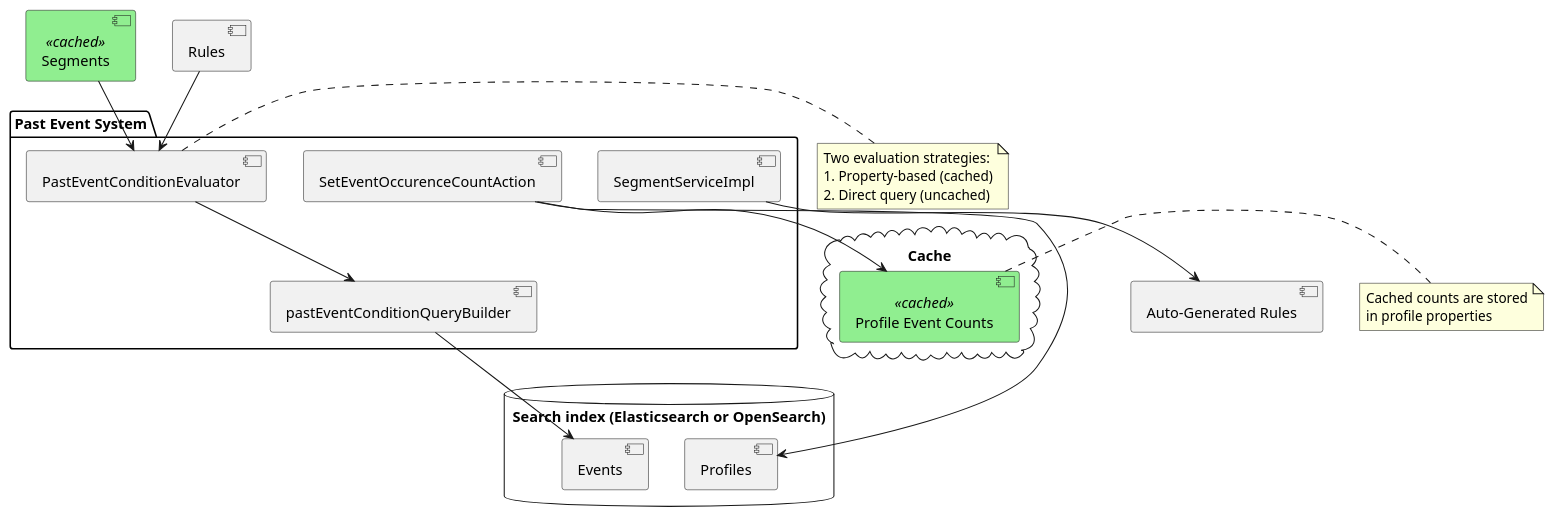
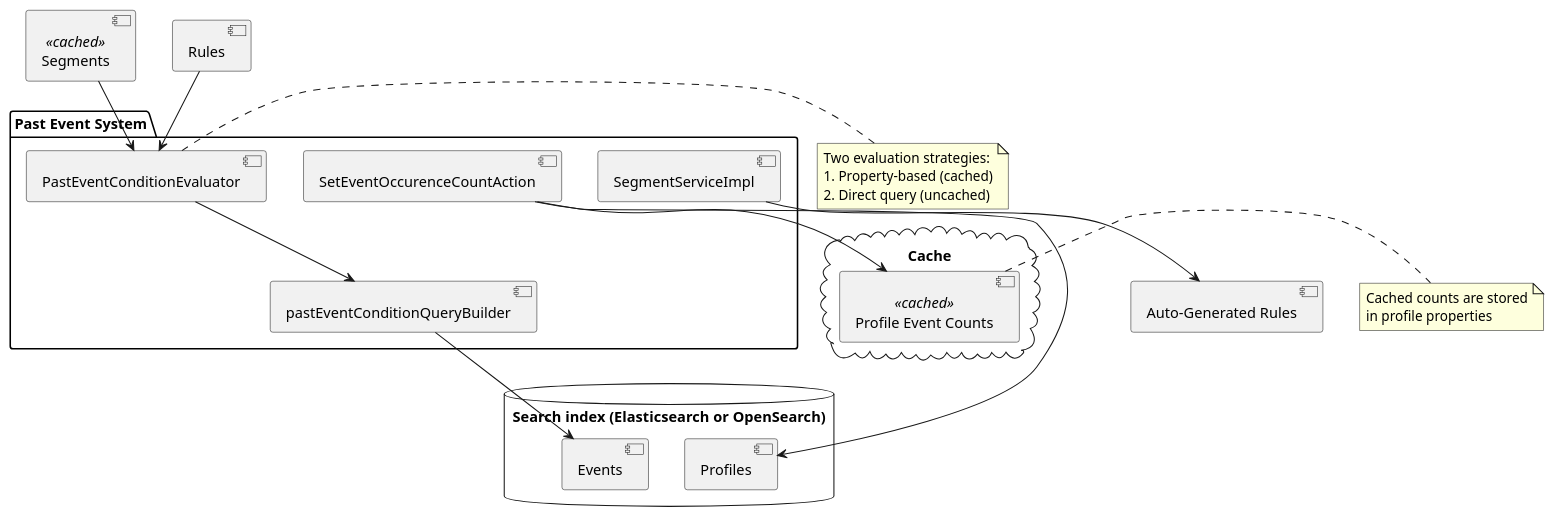
Before and after one commit to apache/unomi: the fifth of 10 diagrams in manual/src/main/asciidoc/past-event-conditions.adoc, drawn with PlantUML. The commit also changed other lines of this file and 16 other files, not shown here.

First line of the commit message:
docs: brand PlantUML diagrams with Unomi theme colors

```diff
--- a/manual/src/main/asciidoc/past-event-conditions.adoc
+++ b/manual/src/main/asciidoc/past-event-conditions.adoc
@@ -397,49 +383,45 @@
 [plantuml]
 ----
 @startuml
 skinparam componentStyle uml2
-skinparam component {
-  BackgroundColor<<cached>> LightGreen
-  BackgroundColor<<uncached>> LightYellow
-}
 
 package "Past Event System" {
   [SetEventOccurenceCountAction] as action
   [PastEventConditionEvaluator] as evaluator
   [pastEventConditionQueryBuilder] as queryBuilder
   [SegmentServiceImpl] as segmentService
 }
 
 database "Search index (Elasticsearch or OpenSearch)" as searchIndex {
   [Events] as events
   [Profiles] as profiles
 }
 
 cloud "Cache" {
   [Profile Event Counts] as counts <<cached>>
 }
 
 [Segments] <<cached>> as segments
 [Rules] as rules
 [Auto-Generated Rules] as autoRules
 
 segments --> evaluator
 rules --> evaluator
 evaluator --> queryBuilder
 queryBuilder --> events
 action --> profiles
 action --> counts
 segmentService --> autoRules
 
 note right of counts
   Cached counts are stored
   in profile properties
 end note
 
 note right of evaluator
   Two evaluation strategies:
   1. Property-based (cached)
   2. Direct query (uncached)
 end note
 @enduml
 ----
```
